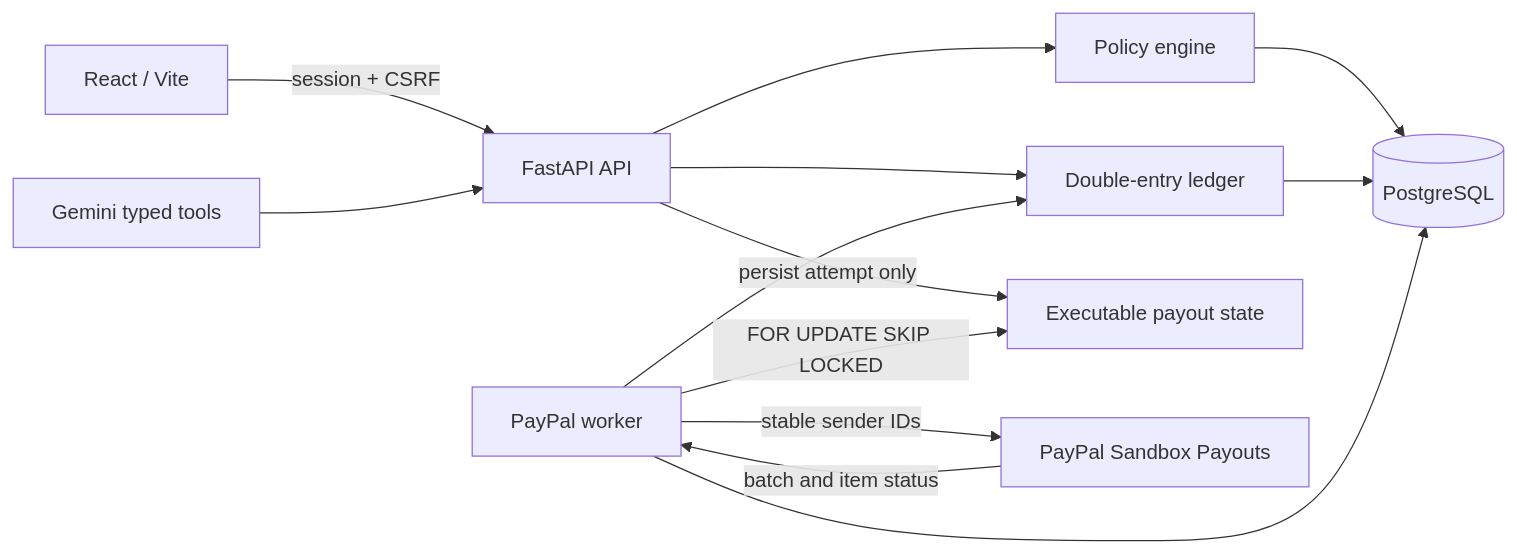
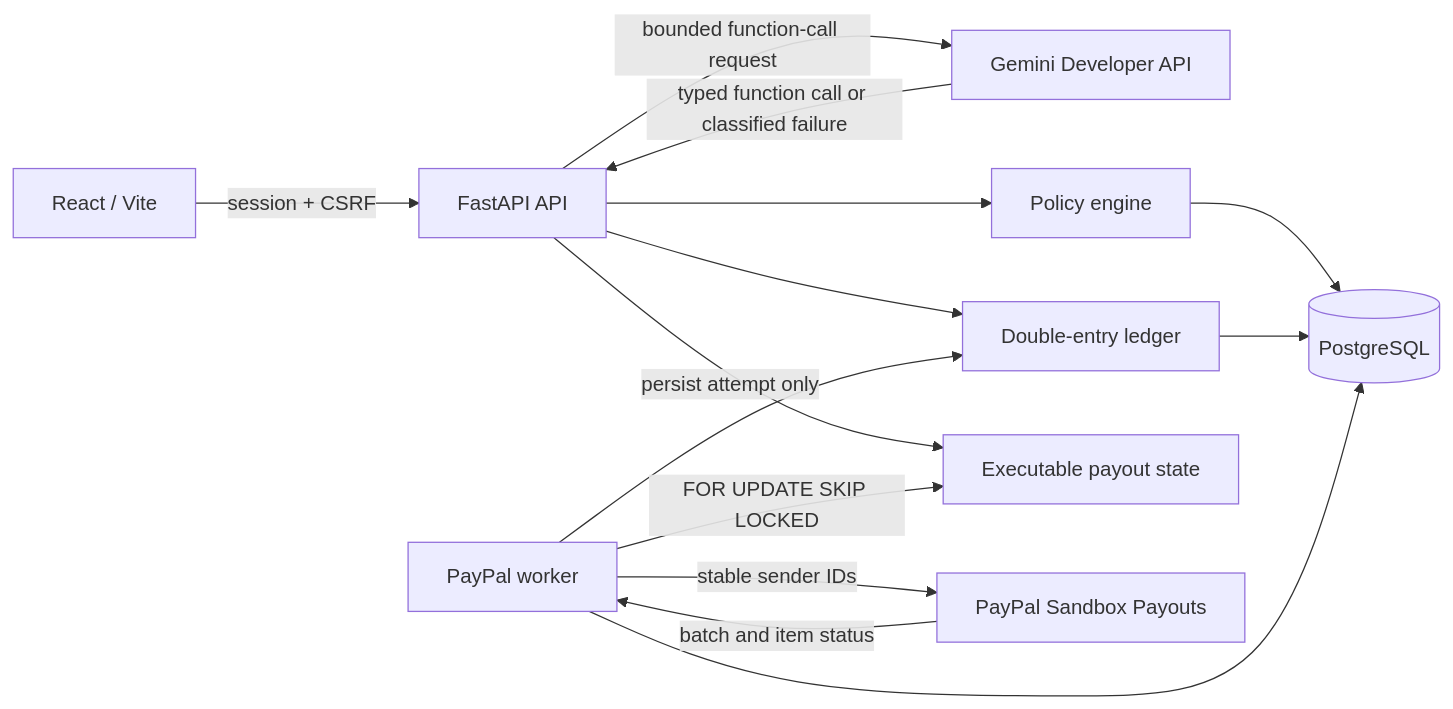
One commit to arinze116/Pactra changed the first of 2 diagrams in README.md. Above: the diagram before and after it, drawn with Mermaid. The commit also changed other lines of this file and 51 other files, not shown here.

````diff
--- a/README.md
+++ b/README.md
@@ -43,15 +62,16 @@
 ```mermaid
 flowchart LR
     Browser[React / Vite] -->|session + CSRF| API[FastAPI API]
-    Gemini[Gemini typed tools] --> API
+    API -->|bounded function-call request| Gemini[Gemini Developer API]
+    Gemini -->|typed function call or classified failure| API
     API --> Policy[Policy engine]
     Policy --> DB[(PostgreSQL)]
     API --> Ledger[Double-entry ledger]
     Ledger --> DB
     API -->|persist attempt only| Queue[Executable payout state]
     Worker[PayPal worker] -->|FOR UPDATE SKIP LOCKED| Queue
     Worker -->|stable sender IDs| PayPal[PayPal Sandbox Payouts]
     PayPal -->|batch and item status| Worker
     Worker --> Ledger
     Worker --> DB
 ```
````
